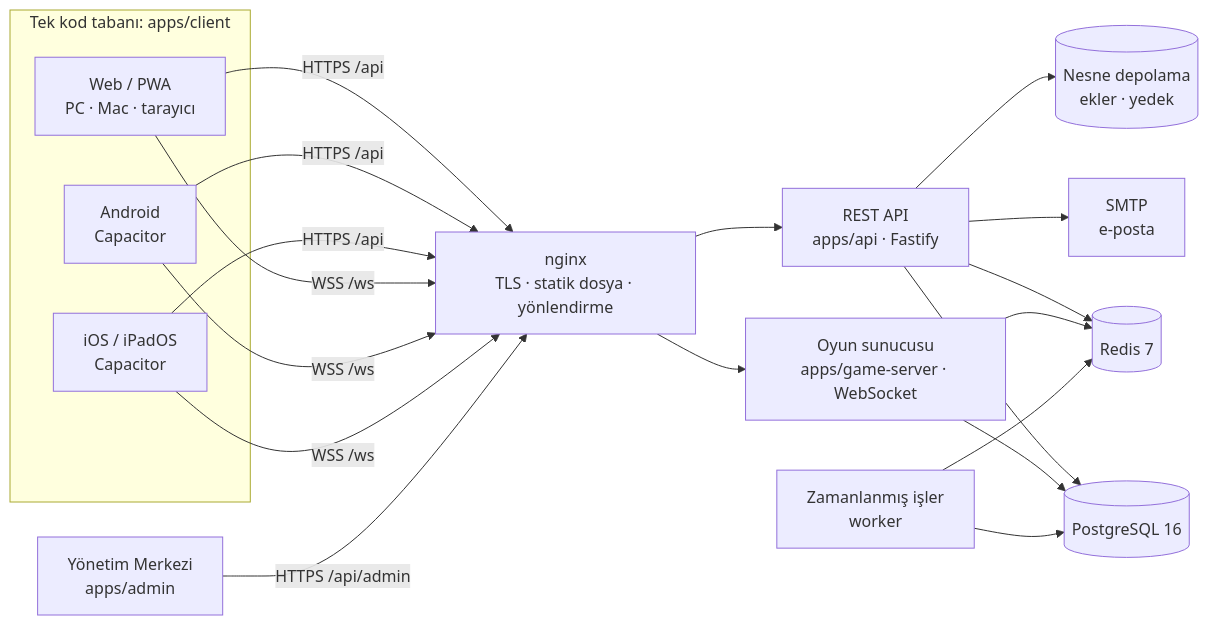
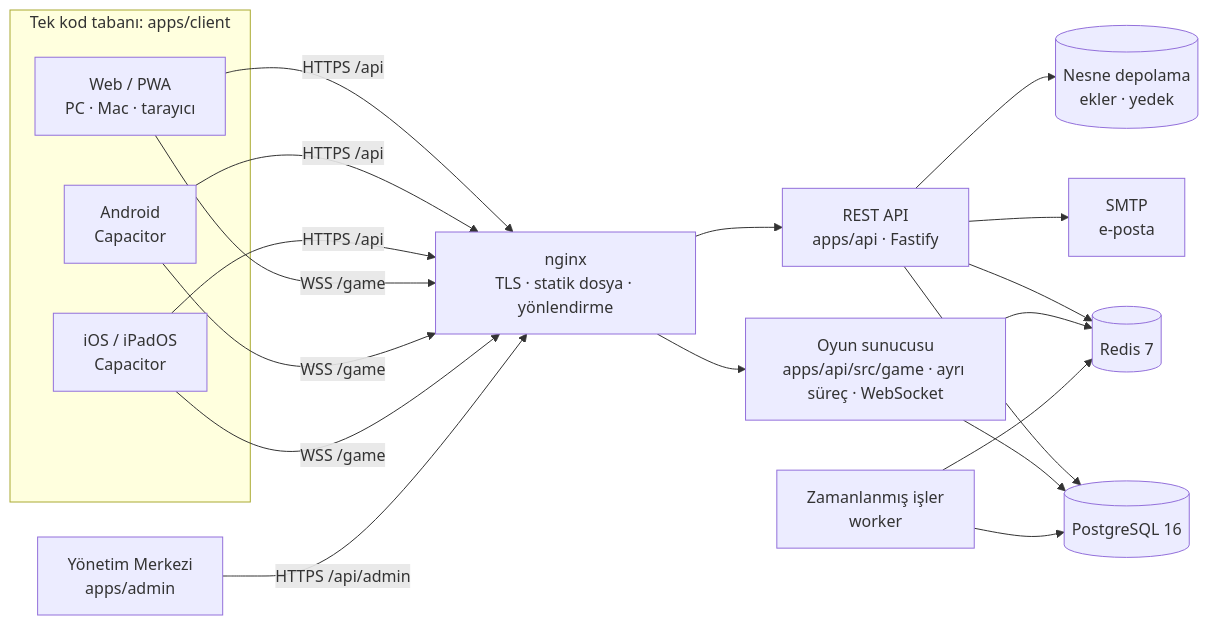
The first of 3 diagrams in TurkOrbit/Documentation/02-Teknik-Mimari.md (bahtiyar53531-arch/ArkaPlanTarayici_AndroidProject), drawn with Mermaid before and after one commit. The commit also changed other lines of this file and 66 other files, not shown here.

````diff
--- a/TurkOrbit/Documentation/02-Teknik-Mimari.md
+++ b/TurkOrbit/Documentation/02-Teknik-Mimari.md
@@ -5,31 +5,31 @@
 ```mermaid
 flowchart LR
   subgraph İstemciler["Tek kod tabanı: apps/client"]
     W[Web / PWA<br/>PC · Mac · tarayıcı]
     A[Android<br/>Capacitor]
     I[iOS / iPadOS<br/>Capacitor]
   end
   ADM[Yönetim Merkezi<br/>apps/admin]
   NG[nginx<br/>TLS · statik dosya · yönlendirme]
   API[REST API<br/>apps/api · Fastify]
-  GS[Oyun sunucusu<br/>apps/game-server · WebSocket]
+  GS[Oyun sunucusu<br/>apps/api/src/game · ayrı süreç · WebSocket]
   WK[Zamanlanmış işler<br/>worker]
   PG[(PostgreSQL 16)]
   RD[(Redis 7)]
   S3[(Nesne depolama<br/>ekler · yedek)]
   SMTP[SMTP<br/>e-posta]
 
   W & A & I -->|HTTPS /api| NG
-  W & A & I -->|WSS /ws| NG
+  W & A & I -->|WSS /game| NG
   ADM -->|HTTPS /api/admin| NG
   NG --> API
   NG --> GS
   API --> PG
   API --> RD
   API --> SMTP
   API --> S3
   GS --> RD
   GS --> PG
   WK --> PG
   WK --> RD
 ```
````
